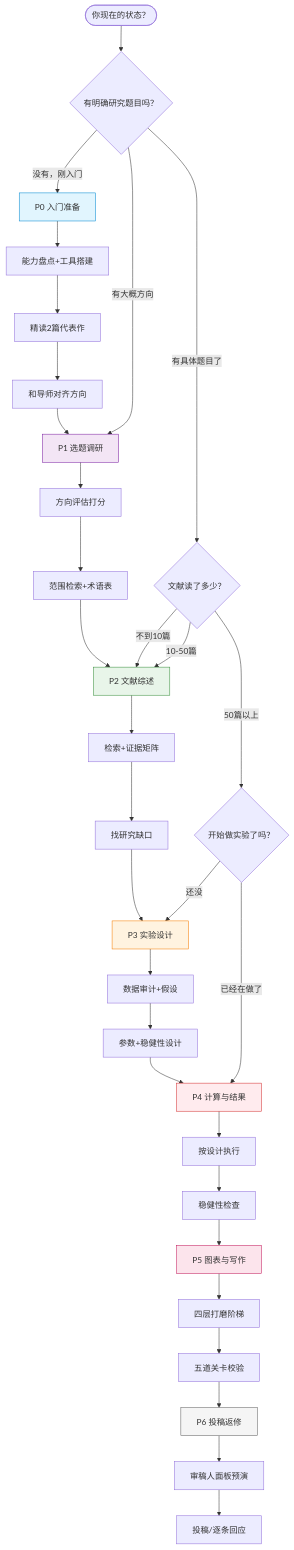
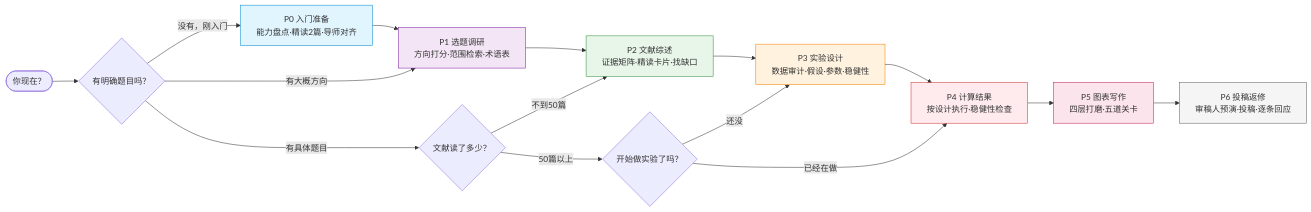
The diagram in README.md (siyunhao2025-beep/Ku-academic), drawn with Mermaid before and after one commit. The commit also changed other lines of this file and 10 other files, not shown here.

````diff
--- a/README.md
+++ b/README.md
@@ -16,51 +81,37 @@
 ```mermaid
-flowchart TD
-    Start([你现在的状态？]) --> Q1{有明确研究题目吗？}
-    
-    Q1 -->|没有，刚入门| P0[P0 入门准备]
-    Q1 -->|有大概方向| P1[P1 选题调研]
-    Q1 -->|有具体题目了| Q2{文献读了多少？}
-    
-    P0 --> P0_1[能力盘点+工具搭建]
-    P0_1 --> P0_2[精读2篇代表作]
-    P0_2 --> P0_3[和导师对齐方向]
-    P0_3 --> P1
-    
-    P1 --> P1_1[方向评估打分]
-    P1_1 --> P1_2[范围检索+术语表]
-    P1_2 --> P2
-    
-    Q2 -->|不到10篇| P2[P2 文献综述]
-    Q2 -->|10-50篇| P2
+flowchart LR
+    Start([你现在？]) --> Q1{有明确题目吗？}
+
+    Q1 -->|没有，刚入门| P0[P0 入门准备<br/>能力盘点·精读2篇·导师对齐]
+    Q1 -->|有大概方向| P1[P1 选题调研<br/>方向打分·范围检索·术语表]
+    Q1 -->|有具体题目| Q2{文献读了多少？}
+
+    P0 --> P1
+    P1 --> P2[P2 文献综述<br/>证据矩阵·精读卡片·找缺口]
+
+    Q2 -->|不到50篇| P2
     Q2 -->|50篇以上| Q3{开始做实验了吗？}
-    
-    P2 --> P2_1[检索+证据矩阵]
-    P2_1 --> P2_2[找研究缺口]
-    P2_2 --> P3
-    
-    Q3 -->|还没| P3[P3 实验设计]
-    Q3 -->|已经在做了| P4[P4 计算与结果]
-    
-    P3 --> P3_1[数据审计+假设]
-    P3_1 --> P3_2[参数+稳健性设计]
-    P3_2 --> P4
-    
-    P4 --> P4_1[按设计执行]
-    P4_1 --> P4_2[稳健性检查]
-    P4_2 --> P5
-    
-    P5[P5 图表与写作] --> P5_1[四层打磨阶梯]
-    P5_1 --> P5_2[五道关卡校验]
-    P5_2 --> P6
-    
-    P6[P6 投稿返修] --> P6_1[审稿人面板预演]
-    P6_1 --> P6_2[投稿/逐条回应]
-    
-    style P0 fill:#e1f5fe,stroke:#0288d1
-    style P1 fill:#f3e5f5,stroke:#7b1fa2
-    style P2 fill:#e8f5e9,stroke:#388e3c
-    style P3 fill:#fff3e0,stroke:#f57c00
-    style P4 fill:#ffebee,stroke:#d32f2f
-    style P5 fill:#fce4ec,stroke:#c2185b
-    style P6 fill:#f5f5f5,stroke:#616161
+
+    P2 --> P3[P3 实验设计<br/>数据审计·假设·参数·稳健性]
+    Q3 -->|还没| P3
+    Q3 -->|已经在做| P4[P4 计算结果<br/>按设计执行·稳健性检查]
+
+    P3 --> P4
+    P4 --> P5[P5 图表写作<br/>四层打磨·五道关卡]
+    P5 --> P6[P6 投稿返修<br/>审稿人预演·投稿·逐条回应]
+
+    classDef p0 fill:#e1f5fe,stroke:#0288d1;
+    classDef p1 fill:#f3e5f5,stroke:#7b1fa2;
+    classDef p2 fill:#e8f5e9,stroke:#388e3c;
+    classDef p3 fill:#fff3e0,stroke:#f57c00;
+    classDef p4 fill:#ffebee,stroke:#d32f2f;
+    classDef p5 fill:#fce4ec,stroke:#c2185b;
+    classDef p6 fill:#f5f5f5,stroke:#616161;
+    class P0 p0;
+    class P1 p1;
+    class P2 p2;
+    class P3 p3;
+    class P4 p4;
+    class P5 p5;
+    class P6 p6;
 ```
````
